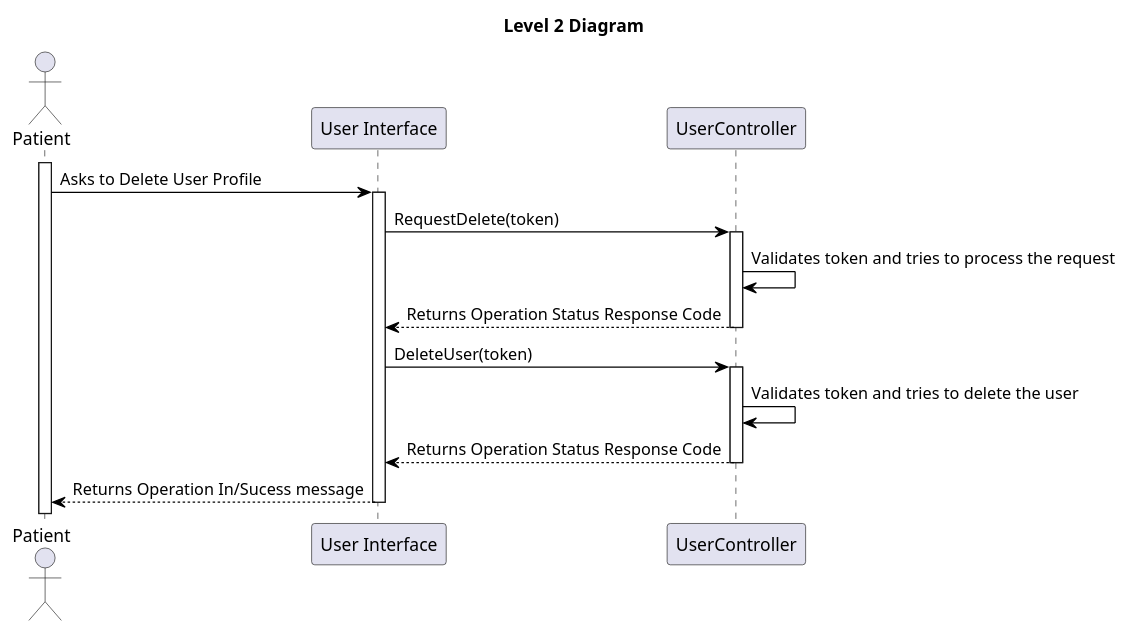
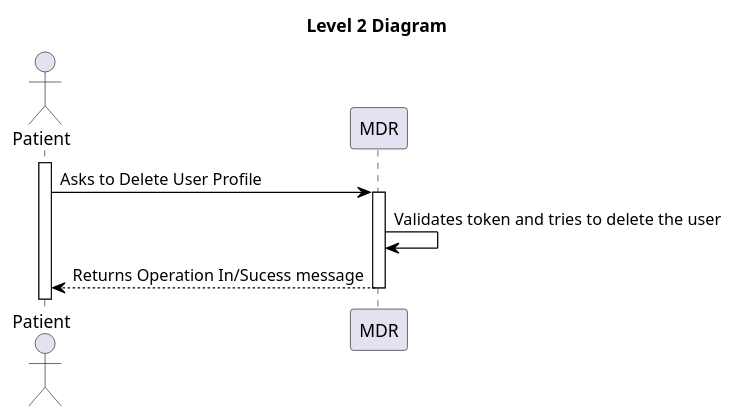
One commit to vscosousa/LAPR5_3DC_G15 changed the diagram in docs/sprint_A/us_5.1.5/level_2/puml/level_2.puml. Above: the diagram before and after it, drawn with PlantUML. The commit also changed 17 other files, not shown here.

```diff
--- a/docs/sprint_A/us_5.1.5/level_2/puml/level_2.puml
+++ b/docs/sprint_A/us_5.1.5/level_2/puml/level_2.puml
@@ -1,40 +1,30 @@
 @startuml level_2
 
 title Level 2 Diagram
 
 hide empty members
 'skinparam Linetype ortho
 
 skinparam class {
     BackgroundColor<<valueObject>> #D6EAF8
     BackgroundColor<<root>> #FDEBD0
     BackgroundColor<<service>> #D1F2EB
     BackgroundColor #FEF9E7
     ArrowColor Black
 }
 
 skinparam package {
     BackgroundColor #EBF5FB
 }
 
 actor Patient as P
-participant "User Interface" as UI
-participant "UserController" as C
+participant "MDR" as Backoffice
 
 activate P
-P -> UI: Asks to Delete User Profile
-activate UI
-UI -> C: RequestDelete(token)
-activate C
-C -> C: Validates token and tries to process the request
-C --> UI: Returns Operation Status Response Code
-deactivate C
-UI -> C: DeleteUser(token)
-activate C
-C -> C: Validates token and tries to delete the user
-C --> UI: Returns Operation Status Response Code
-deactivate C
-UI --> P: Returns Operation In/Sucess message
-deactivate UI
+P -> Backoffice: Asks to Delete User Profile
+activate Backoffice
+Backoffice -> Backoffice: Validates token and tries to delete the user
+Backoffice --> P: Returns Operation In/Sucess message
+deactivate Backoffice
 
 @enduml
```
